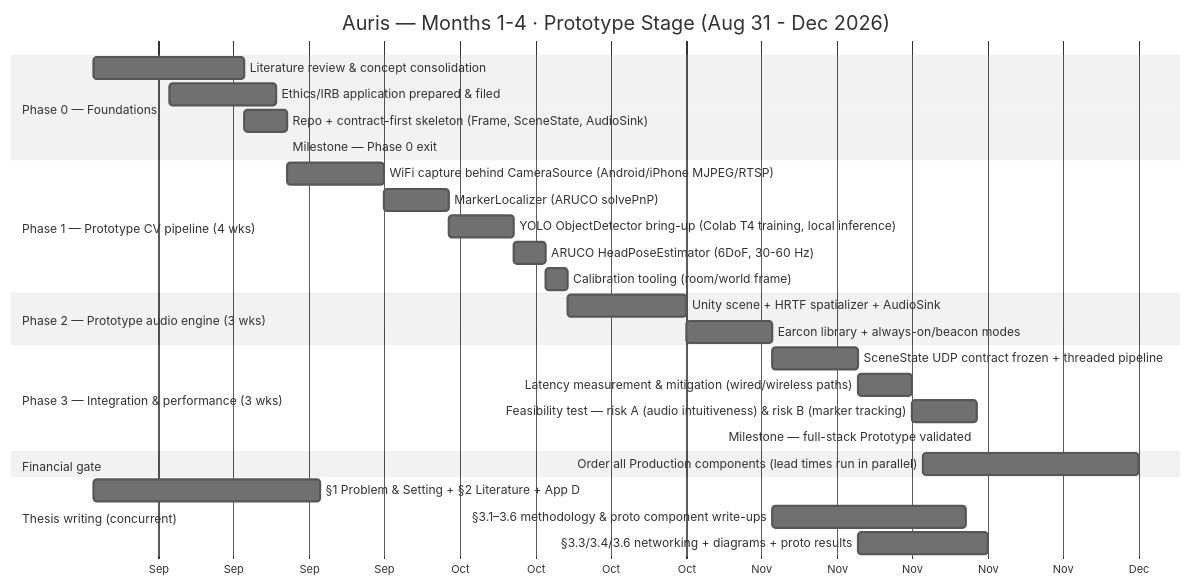
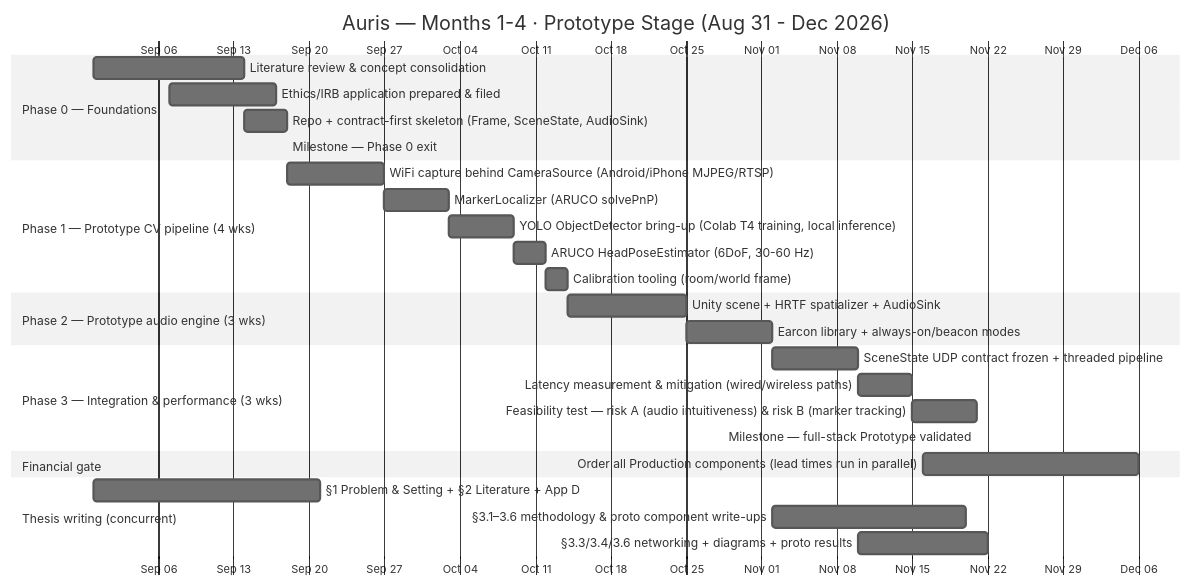
Before and after one commit to pewpil/auris: the diagram in docs/phases-gantt-m1-m4-prototype.md, drawn with Mermaid (neutral theme). The commit also changed 1 other file, not shown here.

Commit message:
gant chart update: time axis written on top as well

````diff
--- a/docs/phases-gantt-m1-m4-prototype.md
+++ b/docs/phases-gantt-m1-m4-prototype.md
@@ -5,37 +5,42 @@
 ```mermaid
+---
+config:
+  gantt:
+    topAxis: true
+---
 gantt
     title Auris — Months 1-4 · Prototype Stage (Aug 31 - Dec 2026)
     dateFormat YYYY-MM-DD
-    axisFormat %b
+    axisFormat %b %d
 
     section Phase 0 — Foundations
     Literature review & concept consolidation                 :p0, 2026-08-31, 14d
     Ethics/IRB application prepared & filed                   :eth, 2026-09-07, 10d
     Repo + contract-first skeleton (Frame, SceneState, AudioSink) :p0b, after p0, 4d
     Milestone — Phase 0 exit                                  :m0, after p0b, 0d
 
     section Phase 1 — Prototype CV pipeline (4 wks)
     WiFi capture behind CameraSource (Android/iPhone MJPEG/RTSP) :p1a, after m0, 9d
     MarkerLocalizer (ARUCO solvePnP)                          :p1b, after p1a, 6d
     YOLO ObjectDetector bring-up (Colab T4 training, local inference) :p1c, after p1b, 6d
     ARUCO HeadPoseEstimator (6DoF, 30-60 Hz)                  :p1d, after p1c, 3d
     Calibration tooling (room/world frame)                    :p1e, after p1d, 2d
 
     section Phase 2 — Prototype audio engine (3 wks)
     Unity scene + HRTF spatializer + AudioSink                :p2a, after p1e, 11d
     Earcon library + always-on/beacon modes                   :p2b, after p2a, 8d
 
     section Phase 3 — Integration & performance (3 wks)
     SceneState UDP contract frozen + threaded pipeline        :p3a, after p2b, 8d
     Latency measurement & mitigation (wired/wireless paths)   :p3b, after p3a, 5d
     Feasibility test — risk A (audio intuitiveness) & risk B (marker tracking) :p3c, after p3b, 6d
     Milestone — full-stack Prototype validated                :m1, after p3c, 0d
 
     section Financial gate
     Order all Production components (lead times run in parallel) :gate, 2026-11-16, 20d
 
     section Thesis writing (concurrent)
     §1 Problem & Setting + §2 Literature + App D      :t0, 2026-08-31, 21d
     §3.1–3.6 methodology & proto component write-ups   :t1, after p2b, 18d
     §3.3/3.4/3.6 networking + diagrams + proto results  :t2, after p3a, 12d
 ```
````
